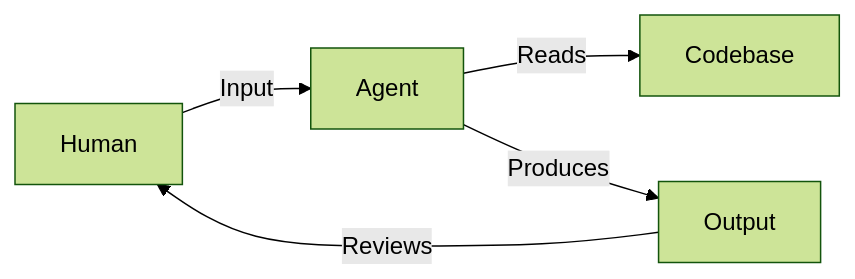
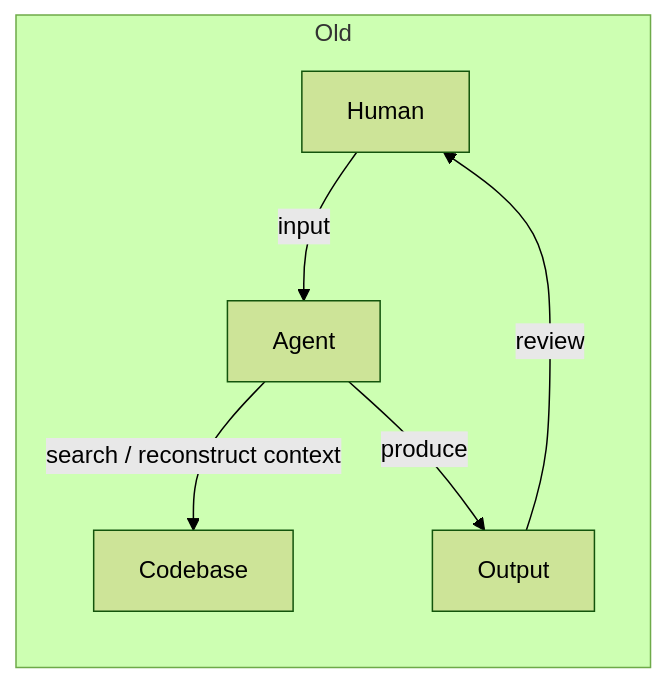
One commit to JerryHong08/topology changed the first of 2 diagrams in README.md. Above: the diagram before and after it, drawn with Mermaid (forest theme). The commit also changed other lines of this file, not shown here.

````diff
--- a/README.md
+++ b/README.md
@@ -15,11 +15,10 @@
 ```mermaid
 graph LR
-    Human[Human]
-    Agent[Agent]
-    Code[Codebase]
-    Output[Output]
-    Human -->|Input| Agent
-    Agent -->|Reads| Code
-    Agent -->|Produces| Output
-    Output -->|Reviews| Human
+    %% Old Interface (stateless loop)
+    subgraph Old
+        Human1[Human] -->|input| Agent1[Agent]
+        Agent1 -->|search / reconstruct context| Code1[Codebase]
+        Agent1 -->|produce| Output1[Output]
+        Output1 -->|review| Human1
+    end
 ```
````
